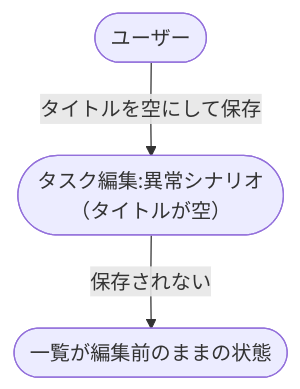
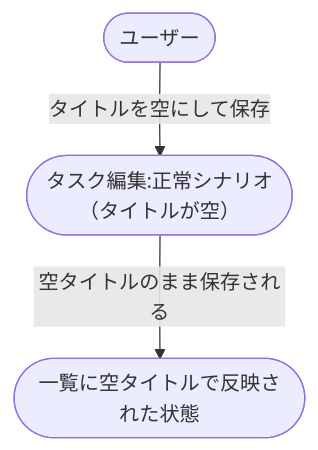
The second of 2 diagrams in docs/wiki/設計図/シナリオ/複合ユースケース/タスク編集から一覧反映.md (shuhei1101/ai-monitor-e2e), drawn with Mermaid before and after one commit. The commit also changed other lines of this file, not shown here.

Commit message:
chore: e2e 用に docs/wiki/設計図/シナリオ/複合ユースケース/タスク編集から一覧反映.md を配置

````diff
--- a/docs/wiki/設計図/シナリオ/複合ユースケース/タスク編集から一覧反映.md
+++ b/docs/wiki/設計図/シナリオ/複合ユースケース/タスク編集から一覧反映.md
@@ -43,7 +43,7 @@
 ```mermaid
 flowchart TD
-  U0([ユーザー]) -->|タイトルを空にして保存| UC1([タスク編集:異常シナリオ<br>（タイトルが空）])
-  UC1 -->|保存されない| DONE([一覧が編集前のままの状態])
+  U0([ユーザー]) -->|タイトルを空にして保存| UC1([タスク編集:正常シナリオ<br>（タイトルが空）])
+  UC1 -->|空タイトルのまま保存される| DONE([一覧に空タイトルで反映された状態])
 
-  click UC1 "../単一ユースケース/タスク編集.md#異常シナリオタイトルが空"
+  click UC1 "../単一ユースケース/タスク編集.md#正常シナリオタイトルが空"
 ```
````
